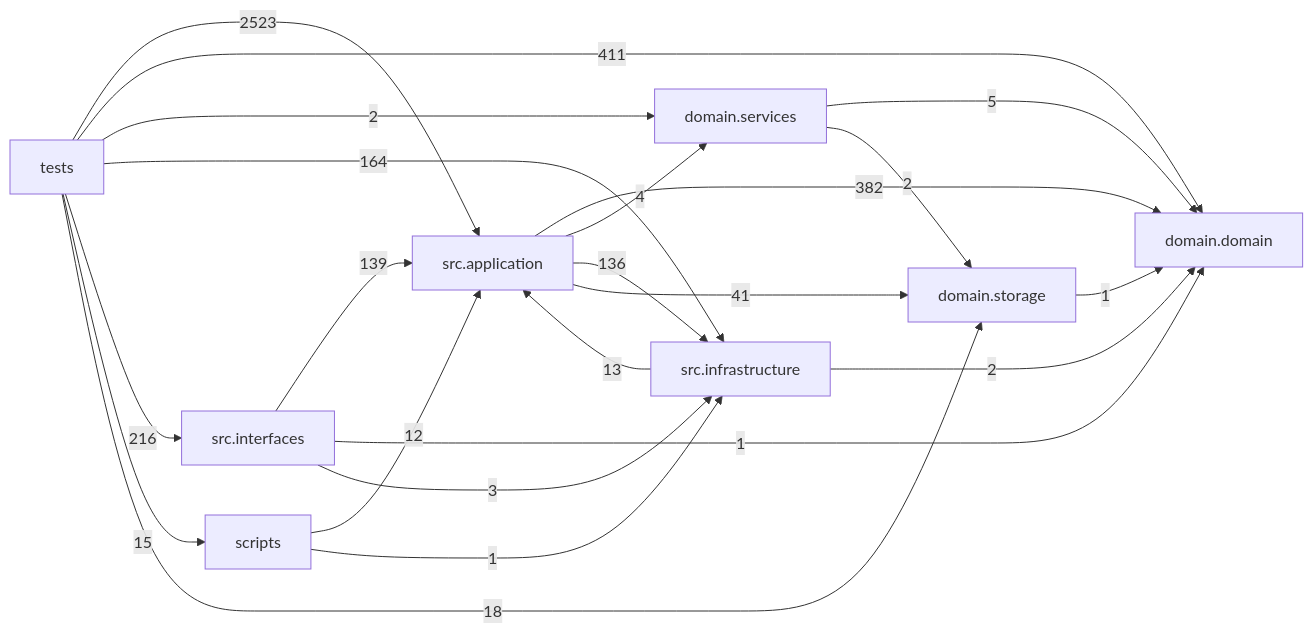
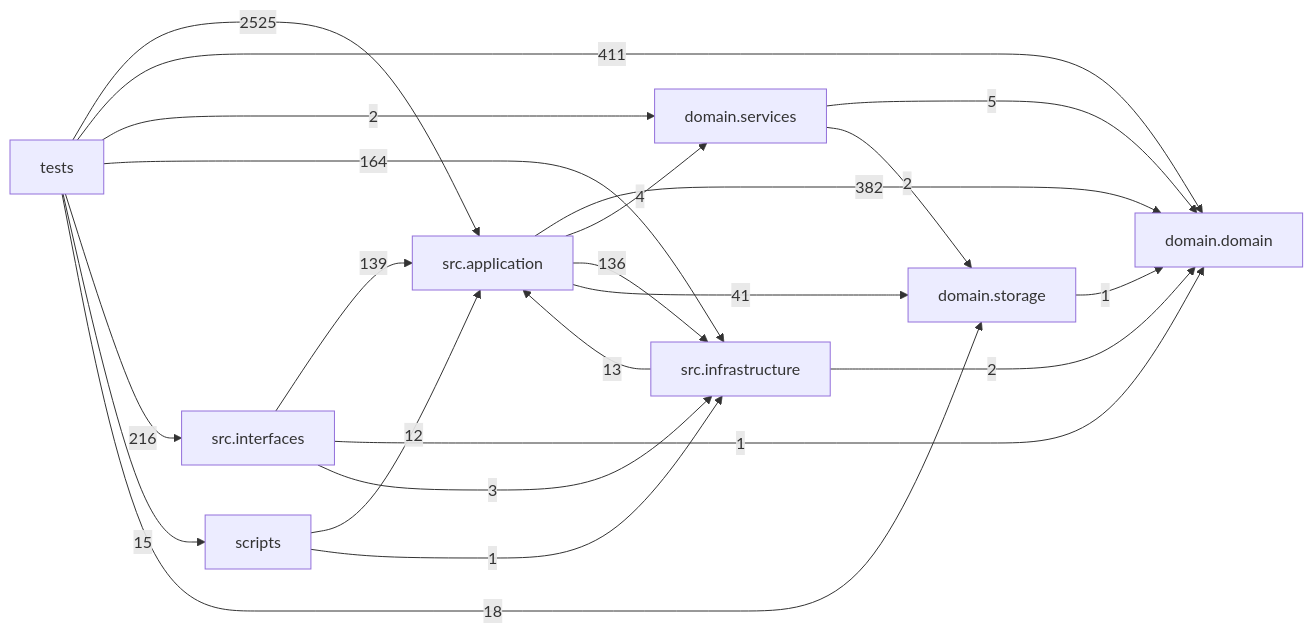
Before and after one commit to liuxie066/options-monitor: the diagram in docs/DEPENDENCY_GRAPH.md, drawn with Mermaid. The commit also changed other lines of this file and 2 other files, not shown here.

````diff
--- a/docs/DEPENDENCY_GRAPH.md
+++ b/docs/DEPENDENCY_GRAPH.md
@@ -24,32 +24,32 @@
 ```mermaid
 flowchart LR
   tests["tests"]
   scripts["scripts"]
   interfaces["src.interfaces"]
   application["src.application"]
   infrastructure["src.infrastructure"]
   domain_services["domain.services"]
   domain["domain.domain"]
   storage["domain.storage"]
   application -->|382| domain
   application -->|4| domain_services
   application -->|136| infrastructure
   application -->|41| storage
   domain_services -->|5| domain
   domain_services -->|2| storage
   infrastructure -->|13| application
   infrastructure -->|2| domain
   interfaces -->|139| application
   interfaces -->|1| domain
   interfaces -->|3| infrastructure
   scripts -->|12| application
   scripts -->|1| infrastructure
   storage -->|1| domain
-  tests -->|2523| application
+  tests -->|2525| application
   tests -->|411| domain
   tests -->|2| domain_services
   tests -->|164| infrastructure
   tests -->|216| interfaces
   tests -->|15| scripts
   tests -->|18| storage
 ```
````
